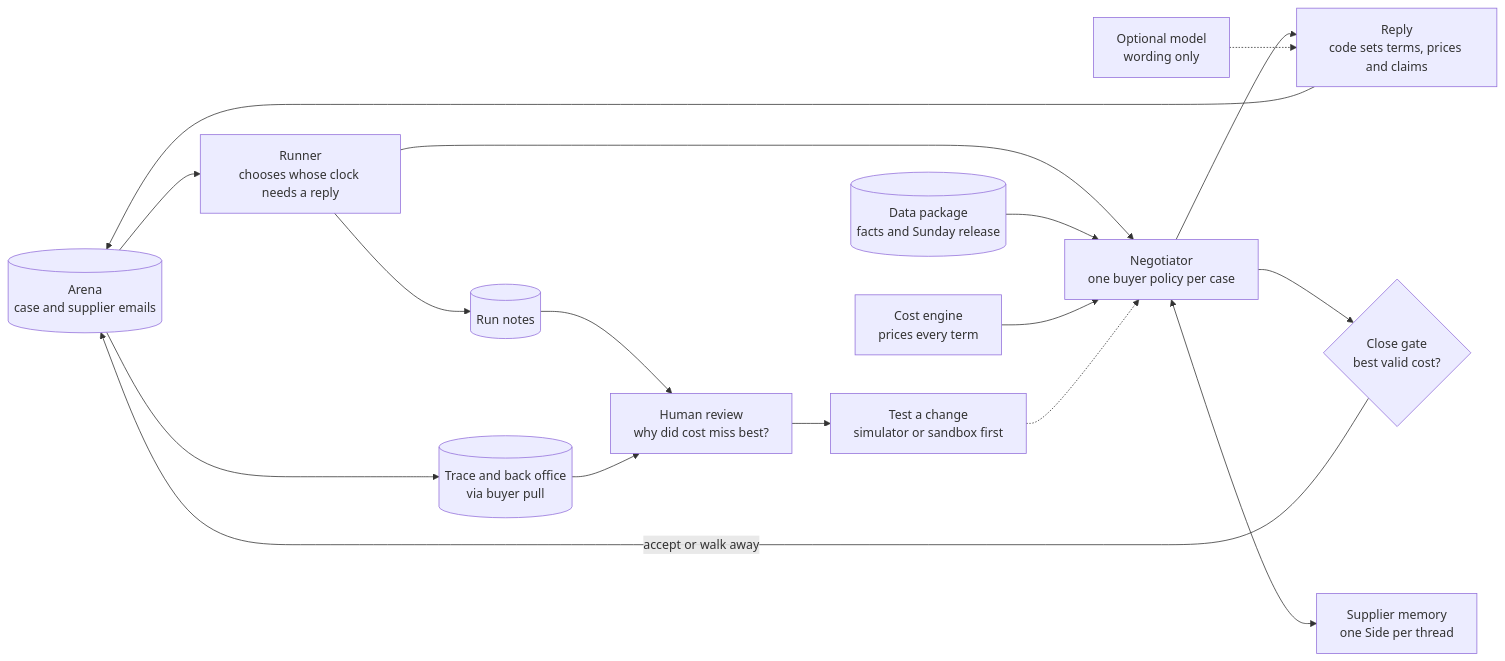
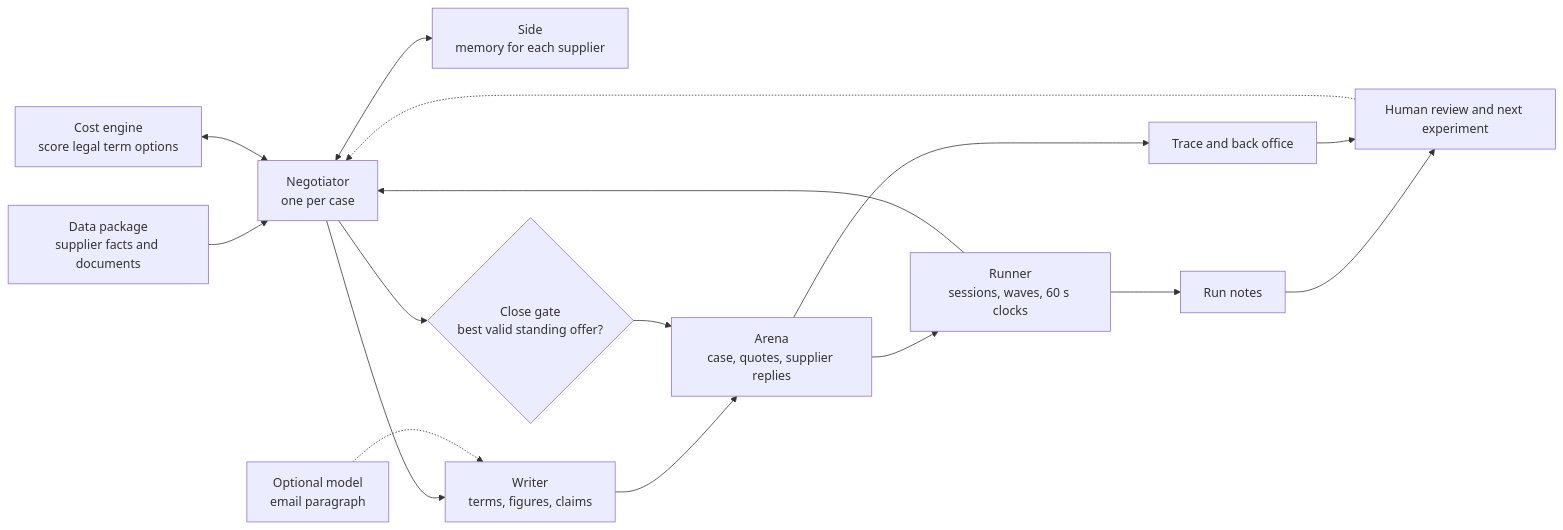
The diagram in docs/architecture.md (stegra05/ehl-codacabana-final), drawn with Mermaid before and after one commit. The commit also changed other lines of this file and 4 other files, not shown here.

Commit message:
docs: explain buyer architecture and agentic approach

````diff
--- a/docs/architecture.md
+++ b/docs/architecture.md
@@ -11,21 +11,20 @@
 ```mermaid
 flowchart LR
-    ARENA[("Arena<br/>case and supplier emails")] --> RUN["Runner<br/>chooses whose clock needs a reply"]
-    RUN --> BUYER["Negotiator<br/>one buyer policy per case"]
-    BUYER --> OFFER["Reply<br/>code sets terms, prices and claims"]
-    OFFER --> ARENA
-    BUYER --> CLOSE{"Close gate<br/>best valid cost?"}
-    CLOSE -->|"accept or walk away"| ARENA
+    DATA["Data package<br/>supplier facts and documents"] --> NEG["Negotiator<br/>one per case"]
+    COST["Cost engine<br/>score legal term options"] <--> NEG
+    NEG <--> SIDE["Side<br/>memory for each supplier"]
 
-    DATA[("Data package<br/>facts and Sunday release")] --> BUYER
-    COST["Cost engine<br/>prices every term"] --> BUYER
-    BUYER <--> MEMORY["Supplier memory<br/>one Side per thread"]
-    MODEL["Optional model<br/>wording only"] -.-> OFFER
+    ARENA["Arena<br/>case, quotes, supplier replies"] --> RUN["Runner<br/>sessions, waves, 60 s clocks"]
+    RUN --> NEG
+    NEG --> WRITER["Writer<br/>terms, figures, claims"]
+    MODEL["Optional model<br/>email paragraph"] -.-> WRITER
+    WRITER --> ARENA
+    NEG --> CLOSE{"Close gate<br/>best valid standing offer?"}
+    CLOSE --> ARENA
 
-    RUN --> NOTES[("Run notes")]
-    ARENA --> TRACE[("Trace and back office<br/>via buyer pull")]
-    NOTES --> REVIEW["Human review<br/>why did cost miss best?"]
+    RUN --> NOTES["Run notes"]
+    ARENA --> TRACE["Trace and back office"]
+    NOTES --> REVIEW["Human review and next experiment"]
     TRACE --> REVIEW
-    REVIEW --> TEST["Test a change<br/>simulator or sandbox first"]
-    TEST -.-> BUYER
+    REVIEW -.-> NEG
 ```
````
